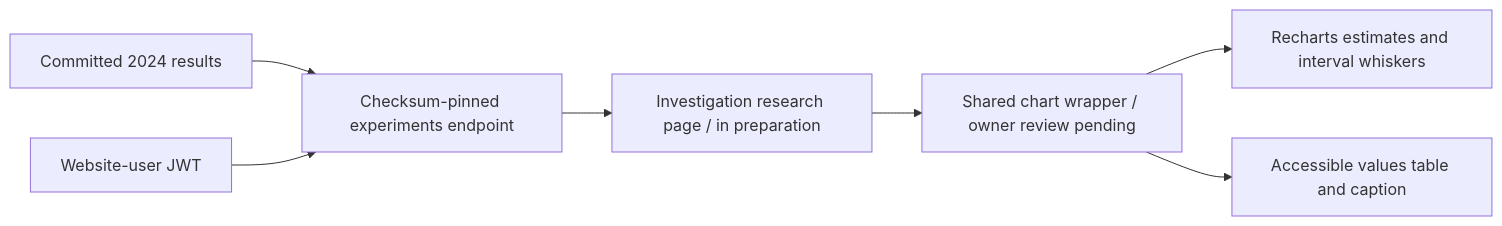
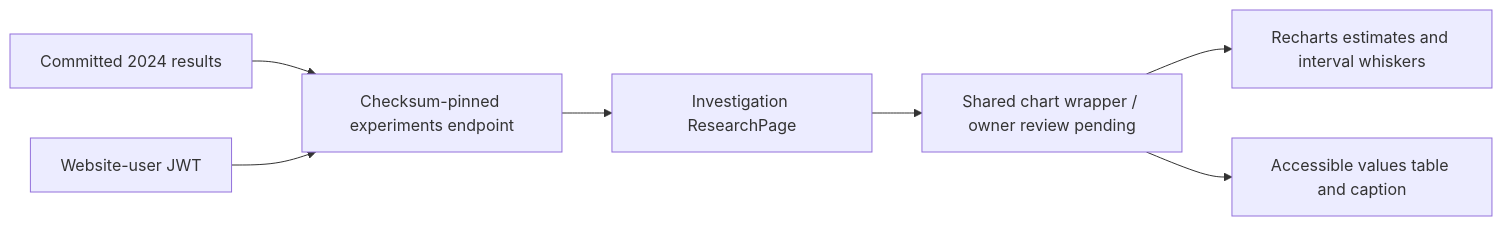
One commit to umaritics/halite changed the diagram in knowledge/flows/FLOW-research-publication.md. Above: the diagram before and after it, drawn with Mermaid. The commit also changed other lines of this file and 16 other files, not shown here.

Commit message:
Show measured questions and abstention in investigation research page

````diff
--- a/knowledge/flows/FLOW-research-publication.md
+++ b/knowledge/flows/FLOW-research-publication.md
@@ -19,9 +19,9 @@
 ```mermaid
 flowchart LR
   Files[Committed 2024 results] --> API[Checksum-pinned experiments endpoint]
   JWT[Website-user JWT] --> API
-  API --> Feature[Investigation research page / in preparation]
+  API --> Feature[Investigation ResearchPage]
   Feature --> Shared[Shared chart wrapper / owner review pending]
   Shared --> SVG[Recharts estimates and interval whiskers]
   Shared --> Table[Accessible values table and caption]
 ```
````
